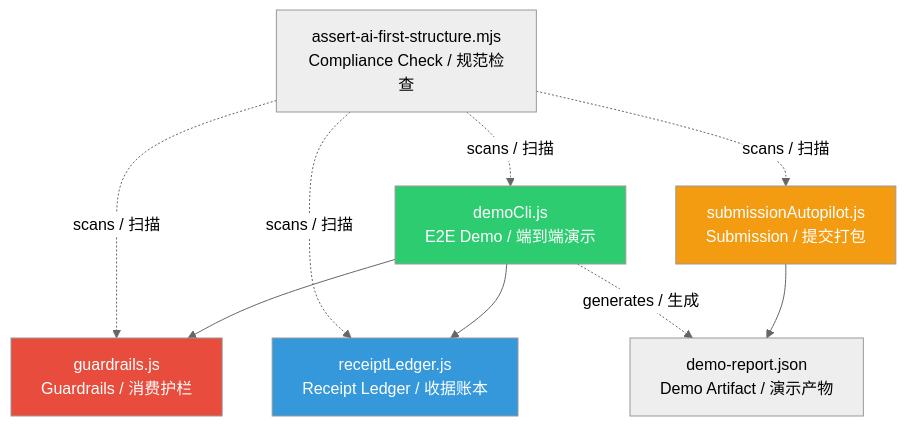
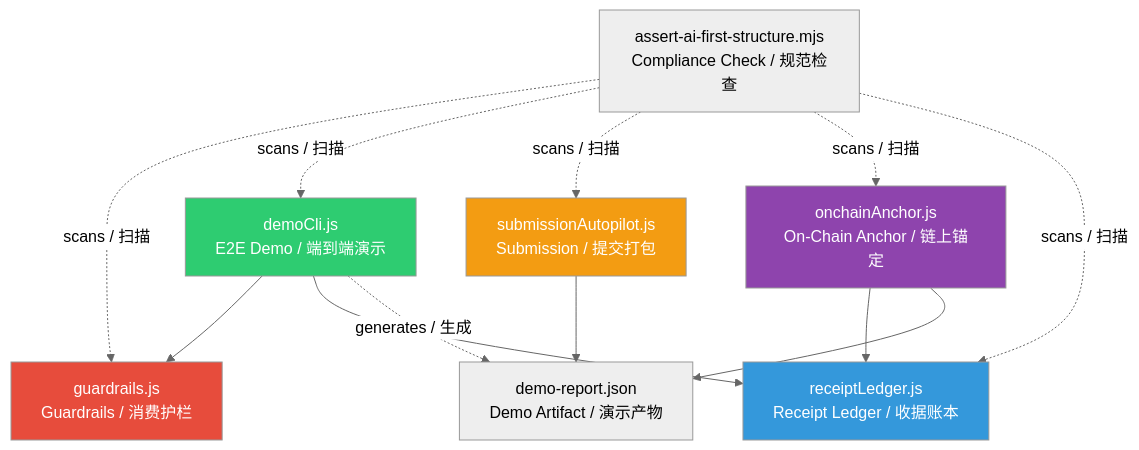
Before and after one commit to punkcanyang/synthesis-truststack: the diagram in docs/ARCHITECTURE.md, drawn with Mermaid (neutral theme). The commit also changed other lines of this file and 11 other files, not shown here.

````diff
--- a/docs/ARCHITECTURE.md
+++ b/docs/ARCHITECTURE.md
@@ -76,16 +76,20 @@
 ```mermaid
 graph TD
     A[demoCli.js<br/>E2E Demo / 端到端演示] --> B[guardrails.js<br/>Guardrails / 消费护栏]
     A --> C[receiptLedger.js<br/>Receipt Ledger / 收据账本]
+    G[onchainAnchor.js<br/>On-Chain Anchor / 链上锚定] --> C
+    G --> E[demo-report.json<br/>Demo Artifact / 演示产物]
     D[submissionAutopilot.js<br/>Submission / 提交打包] --> E[demo-report.json<br/>Demo Artifact / 演示产物]
     A -.->|generates / 生成| E
     F[assert-ai-first-structure.mjs<br/>Compliance Check / 规范检查] -.->|scans / 扫描| B
     F -.->|scans / 扫描| A
     F -.->|scans / 扫描| D
+    F -.->|scans / 扫描| G
     F -.->|scans / 扫描| C
 
     style B fill:#e74c3c,color:#fff
     style C fill:#3498db,color:#fff
     style A fill:#2ecc71,color:#fff
     style D fill:#f39c12,color:#fff
+    style G fill:#8e44ad,color:#fff
 ```
````
